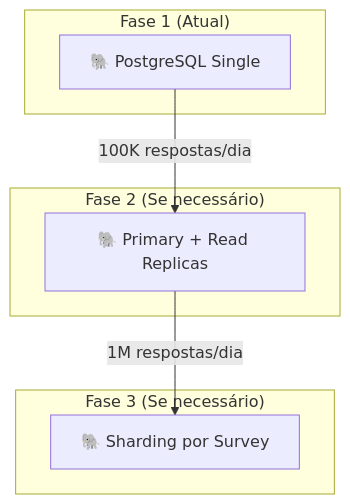
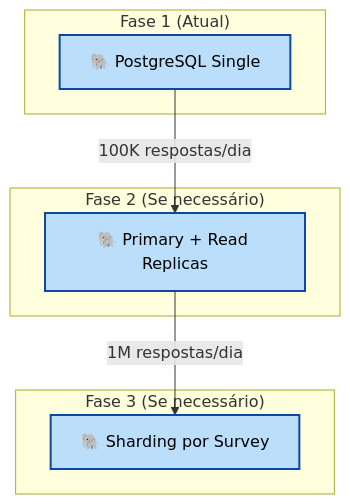
Before and after one commit to gabrigabs/public-polls-app: the seventh of 10 diagrams in docs/05-escalabilidade.md, drawn with Mermaid. The commit also changed other lines of this file and 2 other files, not shown here.

Commit message:
docs: standardize mermaid diagrams with high-contrast styling and convert mindmaps to graphs for better accessibility

````diff
--- a/docs/05-escalabilidade.md
+++ b/docs/05-escalabilidade.md
@@ -220,17 +236,21 @@
 ```mermaid
 graph TB
     subgraph "Fase 1 (Atual)"
         P1["🐘 PostgreSQL Single"]
     end
 
     subgraph "Fase 2 (Se necessário)"
         P2["🐘 Primary + Read Replicas"]
     end
 
     subgraph "Fase 3 (Se necessário)"
         P3["🐘 Sharding por Survey"]
     end
 
     P1 -->|"100K respostas/dia"| P2
     P2 -->|"1M respostas/dia"| P3
+
+    %% Styling
+    classDef phase fill:#bbdefb,stroke:#0d47a1,color:#000,stroke-width:2px;
+    class P1,P2,P3 phase;
 ```
````
